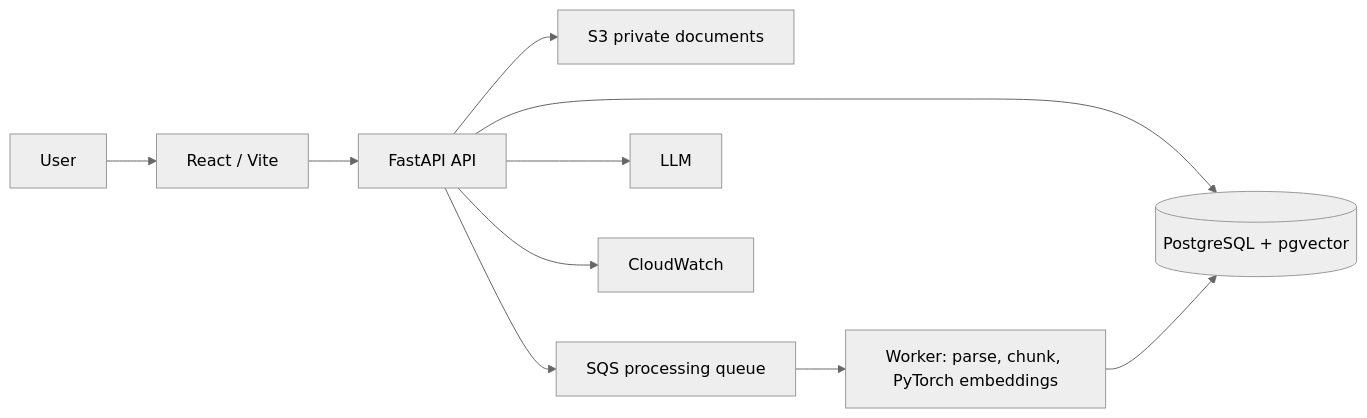
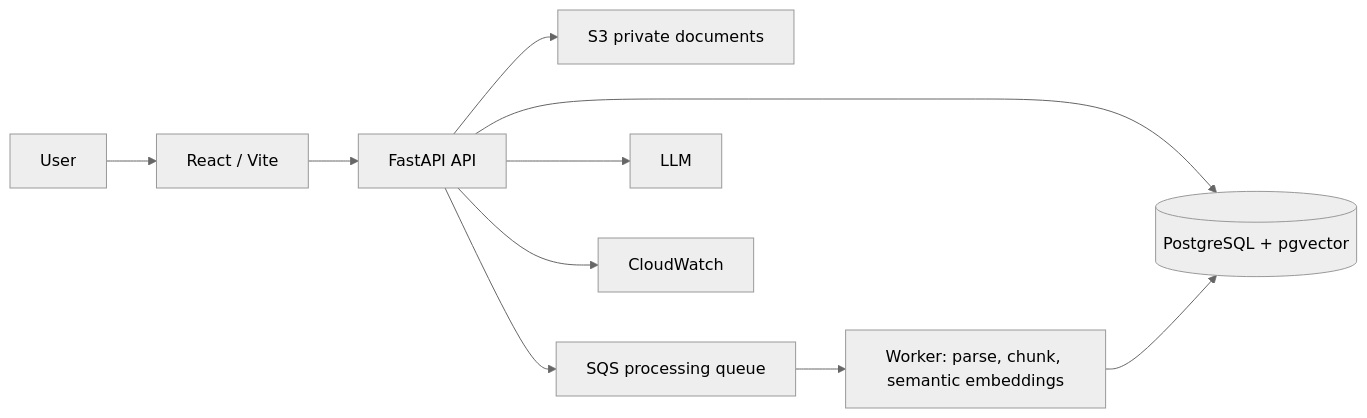
One commit to NoahRai/ragaws changed the diagram in README.md. Above: the diagram before and after it, drawn with Mermaid (neutral theme). The commit also changed other lines of this file and 6 other files, not shown here.

Commit message:
feat: use semantic document embeddings

````diff
--- a/README.md
+++ b/README.md
@@ -9,12 +9,12 @@
 ```mermaid
 flowchart LR
   U[User] --> R[React / Vite]
   R --> A[FastAPI API]
   A --> D[(PostgreSQL + pgvector)]
   A --> S[S3 private documents]
   A --> Q[SQS processing queue]
-  Q --> W[Worker: parse, chunk, PyTorch embeddings]
+  Q --> W[Worker: parse, chunk, semantic embeddings]
   W --> D
   A --> L[LLM]
   A --> C[CloudWatch]
 ```
````
